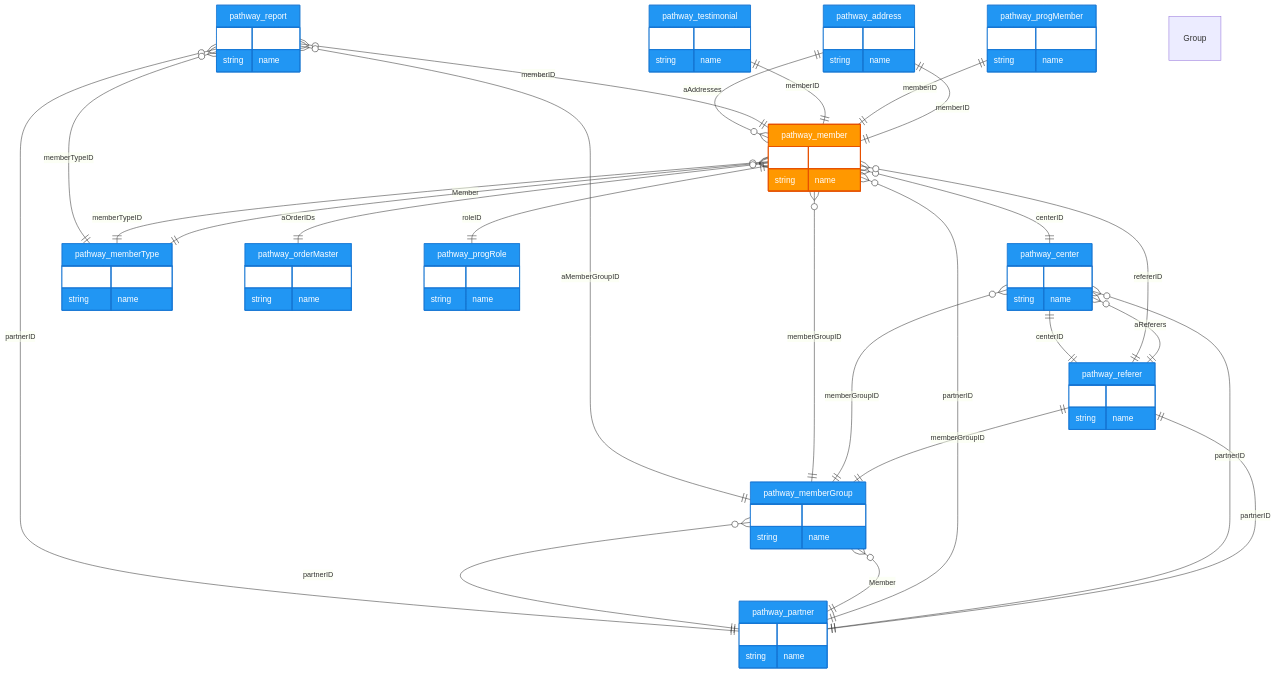
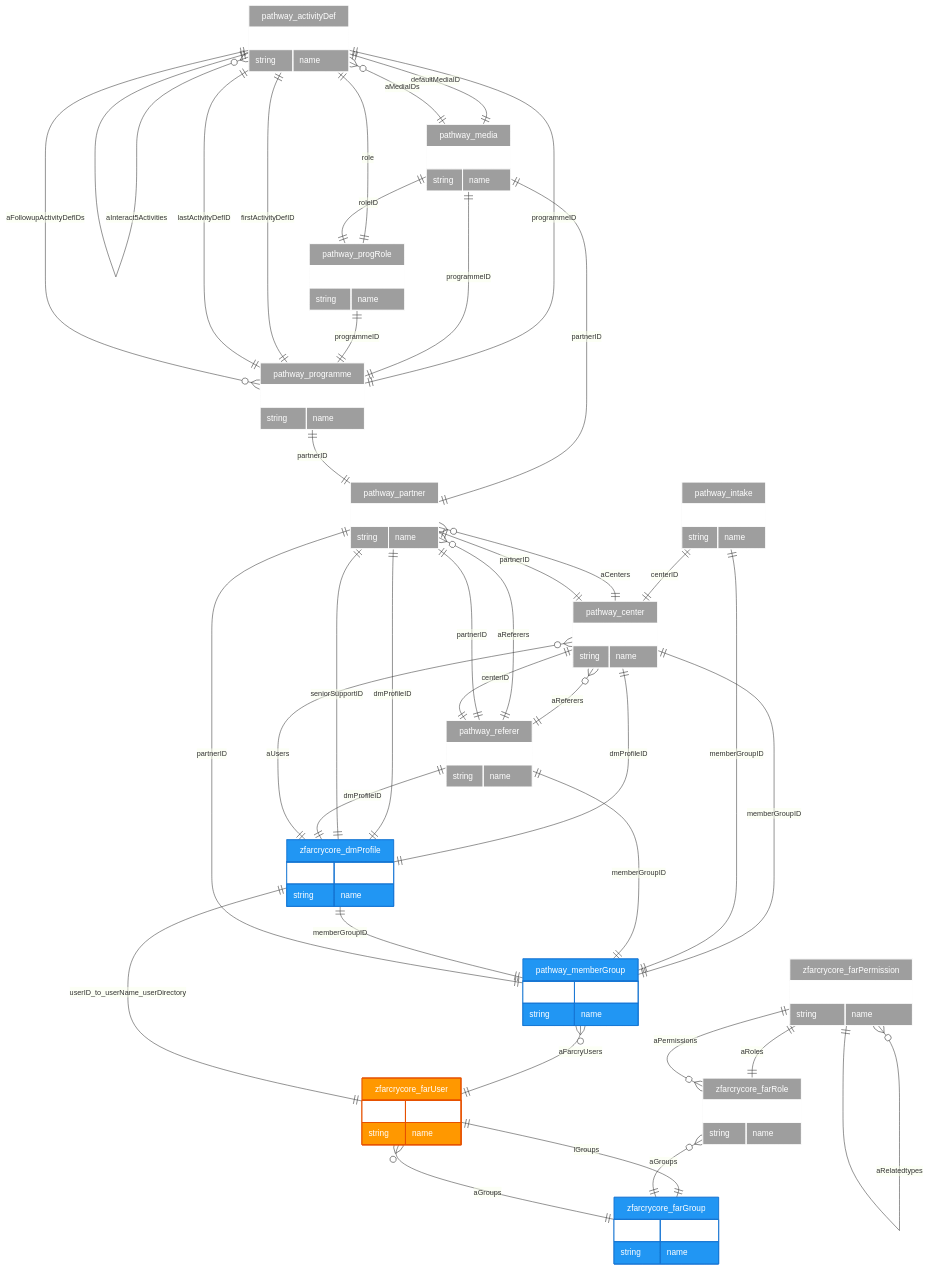
One commit to wellmindhealth/FKmermaid changed the diagram in exports/plugins_full_erd.mmd. Above: the diagram before and after it, drawn with Mermaid. The commit also changed 7 other files, not shown here.

Commit message:
Fix farRole.aGroups relationship detection - now correctly points to farGroup instead of self-reference. Fresh CFC scan shows all relationships working correctly. Updated cache and generated new ERD with proper farRole to farGroup join table relationship.

```diff
--- a/exports/plugins_full_erd.mmd
+++ b/exports/plugins_full_erd.mmd
@@ -1,99 +1,146 @@
 erDiagram
-    "pathway_address" {
+    "pathway_activityDef" {
         UUID ObjectID
         string name
     }
 
     "pathway_center" {
         UUID ObjectID
         string name
     }
 
-    "pathway_member" {
+    "pathway_intake" {
+        UUID ObjectID
+        string name
+    }
+
+    "pathway_media" {
         UUID ObjectID
         string name
     }
 
     "pathway_memberGroup" {
         UUID ObjectID
         string name
     }
 
-    "pathway_memberType" {
-        UUID ObjectID
-        string name
-    }
-
-    "pathway_orderMaster" {
-        UUID ObjectID
-        string name
-    }
-
     "pathway_partner" {
         UUID ObjectID
         string name
     }
 
-    "pathway_progMember" {
+    "pathway_programme" {
         UUID ObjectID
         string name
     }
 
     "pathway_progRole" {
         UUID ObjectID
         string name
     }
 
     "pathway_referer" {
         UUID ObjectID
         string name
     }
 
-    "pathway_report" {
+    "zfarcrycore_dmProfile" {
         UUID ObjectID
         string name
     }
 
-    "pathway_testimonial" {
+    "zfarcrycore_farGroup" {
         UUID ObjectID
         string name
     }
 
-    "pathway_address" ||--|| "pathway_member" : memberID
-    "pathway_member" ||--|| "pathway_progRole" : roleID
-    "pathway_progMember" ||--|| "pathway_member" : memberID
+    "zfarcrycore_farPermission" {
+        UUID ObjectID
+        string name
+    }
+
+    "zfarcrycore_farRole" {
+        UUID ObjectID
+        string name
+    }
+
+    "zfarcrycore_farUser" {
+        UUID ObjectID
+        string name
+    }
+
+    %% Direct FK Relationships
+    "pathway_activityDef" ||--|| "pathway_programme" : programmeID
+    "pathway_activityDef" ||--|| "pathway_progRole" : role
+    "pathway_activityDef" ||--|| "pathway_media" : defaultMediaID
+    "pathway_center" ||--|| "zfarcrycore_dmProfile" : dmProfileID
+    "pathway_center" ||--|| "pathway_partner" : partnerID
+    "pathway_center" ||--|| "pathway_memberGroup" : memberGroupID
+    "pathway_intake" ||--|| "pathway_memberGroup" : memberGroupID
+    "pathway_intake" ||--|| "pathway_center" : centerID
+    "pathway_media" ||--|| "pathway_partner" : partnerID
+    "pathway_media" ||--|| "pathway_programme" : programmeID
+    "pathway_media" ||--|| "pathway_progRole" : roleID
+    "pathway_memberGroup" ||--|| "pathway_partner" : partnerID
+    "pathway_partner" ||--|| "zfarcrycore_dmProfile" : dmProfileID
+    "pathway_partner" ||--|| "zfarcrycore_dmProfile" : seniorSupportID
+    "pathway_programme" ||--|| "pathway_partner" : partnerID
+    "pathway_programme" ||--|| "pathway_activityDef" : firstActivityDefID
+    "pathway_programme" ||--|| "pathway_activityDef" : lastActivityDefID
+    "pathway_progRole" ||--|| "pathway_programme" : programmeID
+    "pathway_referer" ||--|| "zfarcrycore_dmProfile" : dmProfileID
     "pathway_referer" ||--|| "pathway_partner" : partnerID
     "pathway_referer" ||--|| "pathway_memberGroup" : memberGroupID
     "pathway_referer" ||--|| "pathway_center" : centerID
-    "pathway_testimonial" ||--|| "pathway_member" : memberID
-    "pathway_center" }o--|| "pathway_partner" : partnerID
-    "pathway_center" }o--|| "pathway_memberGroup" : memberGroupID
+    "zfarcrycore_dmProfile" ||--|| "pathway_memberGroup" : memberGroupID
+    "zfarcrycore_farPermission" ||--|| "zfarcrycore_farRole" : aRoles
+    "zfarcrycore_farUser" ||--|| "zfarcrycore_farGroup" : lGroups
+    %% End Direct FK Relationships
+
+    %% Special Joins
+    "zfarcrycore_farUser" ||--|| "zfarcrycore_dmProfile" : userID_to_userName_userDirectory
+    %% End Special Joins
+
+    %% Self-Referencing Relationships for activityDef
+    "pathway_activityDef" ||--|| "pathway_activityDef" : onEndID
+    "pathway_activityDef" }o--|| "pathway_activityDef" : aCuePointActivities
+    "pathway_activityDef" }o--|| "pathway_activityDef" : aInteract1Activities
+    "pathway_activityDef" }o--|| "pathway_activityDef" : aInteract2Activities
+    "pathway_activityDef" }o--|| "pathway_activityDef" : aInteract3Activities
+    "pathway_activityDef" }o--|| "pathway_activityDef" : aInteract4Activities
+    "pathway_activityDef" }o--|| "pathway_activityDef" : aInteract5Activities
+    %% End Self-Referencing Relationships for activityDef
+
+    %% Self-Referencing Relationships for farPermission
+    "zfarcrycore_farPermission" }o--|| "zfarcrycore_farPermission" : aRelatedtypes
+    %% End Self-Referencing Relationships for farPermission
+
+    %% Join Table Relationships
+    "pathway_activityDef" }o--|| "pathway_media" : aMediaIDs
+    "pathway_center" }o--|| "zfarcrycore_dmProfile" : aUsers
     "pathway_center" }o--|| "pathway_referer" : aReferers
-    "pathway_member" }o--|| "pathway_memberType" : Member
-    "pathway_member" }o--|| "pathway_address" : aAddresses
-    "pathway_member" }o--|| "pathway_memberType" : memberTypeID
-    "pathway_member" }o--|| "pathway_memberGroup" : memberGroupID
-    "pathway_member" }o--|| "pathway_partner" : partnerID
-    "pathway_member" }o--|| "pathway_center" : centerID
-    "pathway_member" }o--|| "pathway_referer" : refererID
-    "pathway_member" }o--|| "pathway_orderMaster" : aOrderIDs
-    "pathway_memberGroup" }o--|| "pathway_partner" : Member Group
-    "pathway_memberGroup" }o--|| "pathway_partner" : partnerID
-    "pathway_report" }o--|| "pathway_partner" : partnerID
-    "pathway_report" }o--|| "pathway_member" : memberID
-    "pathway_report" }o--|| "pathway_memberType" : memberTypeID
-    "pathway_report" }o--|| "pathway_memberGroup" : aMemberGroupID
+    "pathway_memberGroup" }o--|| "zfarcrycore_farUser" : aFarcryUsers
+    "pathway_partner" }o--|| "pathway_center" : aCenters
+    "pathway_partner" }o--|| "pathway_referer" : aReferers
+    "pathway_programme" }o--|| "pathway_activityDef" : aFollowupActivityDefIDs
+    "zfarcrycore_farRole" }o--|| "zfarcrycore_farGroup" : aGroups
+    "zfarcrycore_farRole" }o--|| "zfarcrycore_farPermission" : aPermissions
+    "zfarcrycore_farUser" }o--|| "zfarcrycore_farGroup" : aGroups
+    %% End Join Table Relationships
+
 
     %% Entity Styling
-    style pathway_address fill:#2196f3,stroke:#1976d2,stroke-width:1px,color:#fff
-    style pathway_center fill:#2196f3,stroke:#1976d2,stroke-width:1px,color:#fff
-    style pathway_member fill:#ff9800,stroke:#e65100,stroke-width:2px,color:#fff
+    style pathway_activityDef fill:#9e9e9e,stroke:#fff,stroke-width:1px,color:#fff
+    style pathway_center fill:#9e9e9e,stroke:#fff,stroke-width:1px,color:#fff
+    style pathway_intake fill:#9e9e9e,stroke:#fff,stroke-width:1px,color:#fff
+    style pathway_media fill:#9e9e9e,stroke:#fff,stroke-width:1px,color:#fff
     style pathway_memberGroup fill:#2196f3,stroke:#1976d2,stroke-width:1px,color:#fff
-    style pathway_memberType fill:#2196f3,stroke:#1976d2,stroke-width:1px,color:#fff
-    style pathway_orderMaster fill:#2196f3,stroke:#1976d2,stroke-width:1px,color:#fff
-    style pathway_partner fill:#2196f3,stroke:#1976d2,stroke-width:1px,color:#fff
-    style pathway_progMember fill:#2196f3,stroke:#1976d2,stroke-width:1px,color:#fff
-    style pathway_progRole fill:#2196f3,stroke:#1976d2,stroke-width:1px,color:#fff
-    style pathway_referer fill:#2196f3,stroke:#1976d2,stroke-width:1px,color:#fff
-    style pathway_report fill:#2196f3,stroke:#1976d2,stroke-width:1px,color:#fff
-    style pathway_testimonial fill:#2196f3,stroke:#1976d2,stroke-width:1px,color:#fff
+    style pathway_partner fill:#9e9e9e,stroke:#fff,stroke-width:1px,color:#fff
+    style pathway_programme fill:#9e9e9e,stroke:#fff,stroke-width:1px,color:#fff
+    style pathway_progRole fill:#9e9e9e,stroke:#fff,stroke-width:1px,color:#fff
+    style pathway_referer fill:#9e9e9e,stroke:#fff,stroke-width:1px,color:#fff
+    style zfarcrycore_dmProfile fill:#2196f3,stroke:#1976d2,stroke-width:1px,color:#fff
+    style zfarcrycore_farGroup fill:#2196f3,stroke:#1976d2,stroke-width:1px,color:#fff
+    style zfarcrycore_farPermission fill:#9e9e9e,stroke:#fff,stroke-width:1px,color:#fff
+    style zfarcrycore_farRole fill:#9e9e9e,stroke:#fff,stroke-width:1px,color:#fff
+    style zfarcrycore_farUser fill:#ff9800,stroke:#e65100,stroke-width:2px,color:#fff
```
